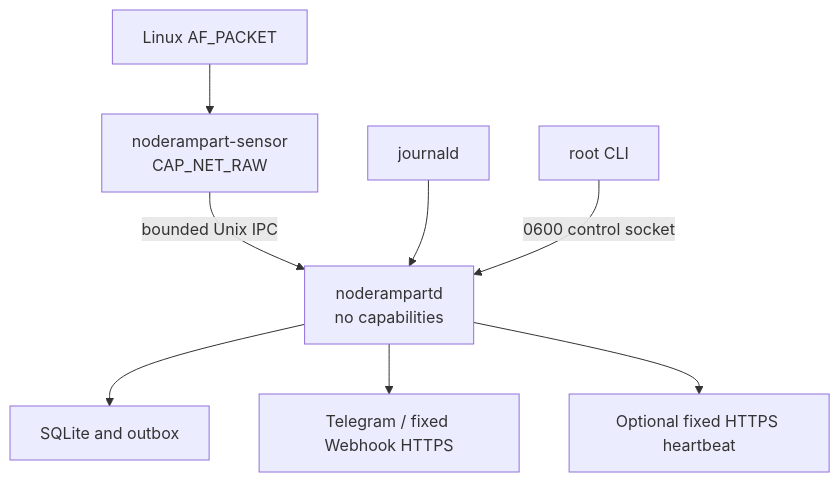
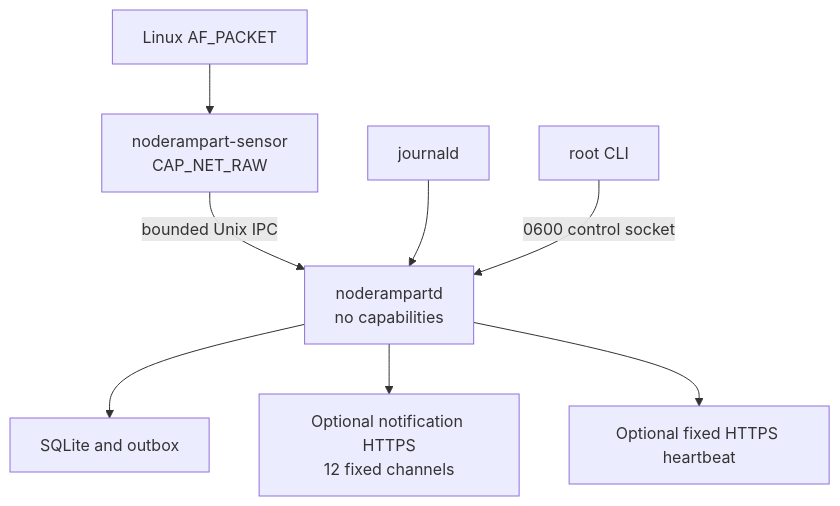
Before and after one commit to littlesho/NodeRampart: the diagram in docs/ARCHITECTURE.md, drawn with Mermaid. The commit also changed 22 other files, not shown here.

````diff
--- a/docs/ARCHITECTURE.md
+++ b/docs/ARCHITECTURE.md
@@ -5,10 +5,10 @@
 ```mermaid
 flowchart TD
     K["Linux AF_PACKET"] --> S["noderampart-sensor<br/>CAP_NET_RAW"]
     S -->|"bounded Unix IPC"| D["noderampartd<br/>no capabilities"]
     J["journald"] --> D
     D --> Q["SQLite and outbox"]
-    D --> T["Telegram / fixed Webhook HTTPS"]
+    D --> T["Optional notification HTTPS<br/>12 fixed channels"]
     D --> H["Optional fixed HTTPS heartbeat"]
     C["root CLI"] -->|"0600 control socket"| D
 ```
````
